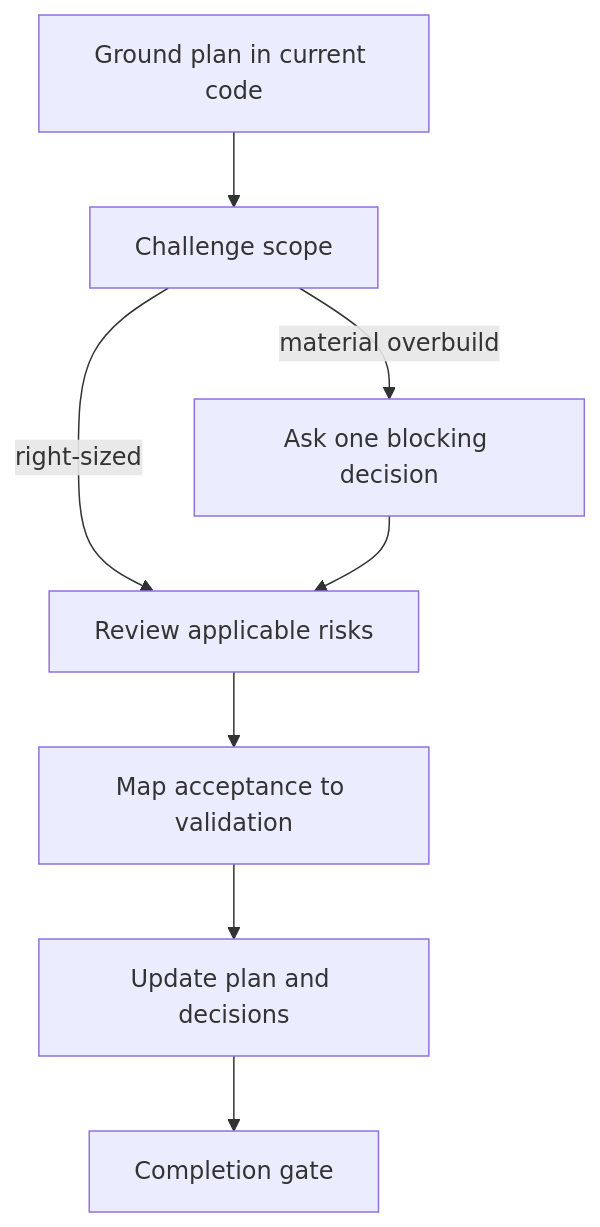
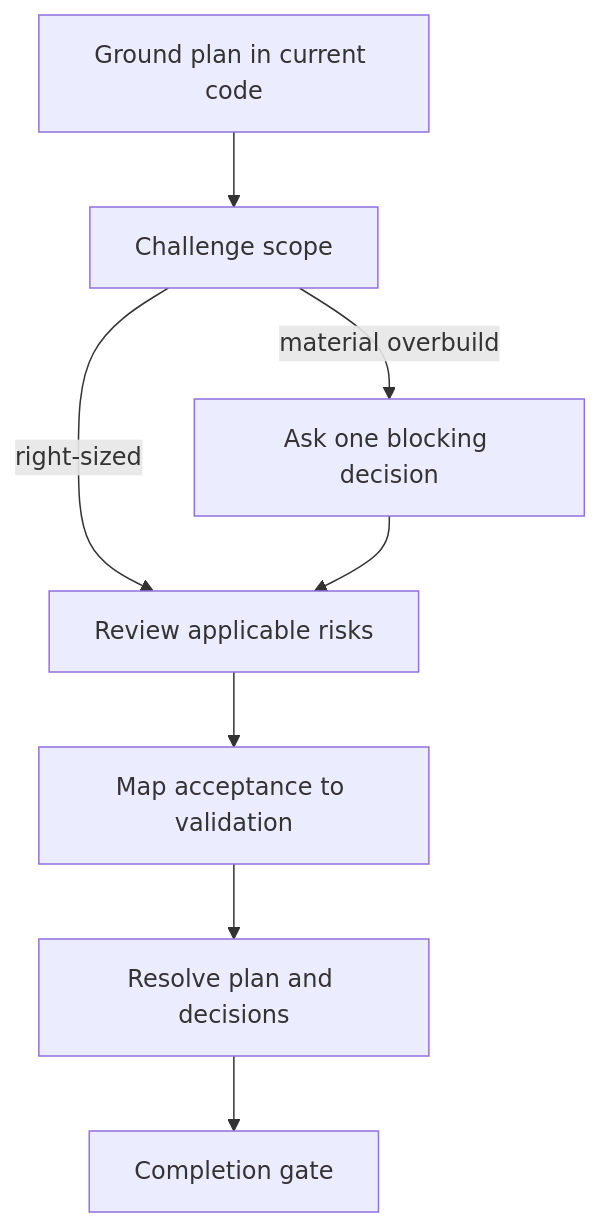
One commit to yvp-core/coredoc-workflows changed the diagram in plugins/coredoc-workflows/skills/coredoc-plan-review/SKILL.md. Above: the diagram before and after it, drawn with Mermaid. The commit also changed other lines of this file and 18 other files, not shown here.

````diff
--- a/plugins/coredoc-workflows/skills/coredoc-plan-review/SKILL.md
+++ b/plugins/coredoc-workflows/skills/coredoc-plan-review/SKILL.md
@@ -107,10 +110,10 @@
 ```mermaid
 flowchart TD
   G[Ground plan in current code] --> S[Challenge scope]
   S -->|material overbuild| Q[Ask one blocking decision]
   S -->|right-sized| R[Review applicable risks]
   Q --> R
   R --> V[Map acceptance to validation]
-  V --> U[Update plan and decisions]
+  V --> U[Resolve plan and decisions]
   U --> H[Completion gate]
 ```
````
